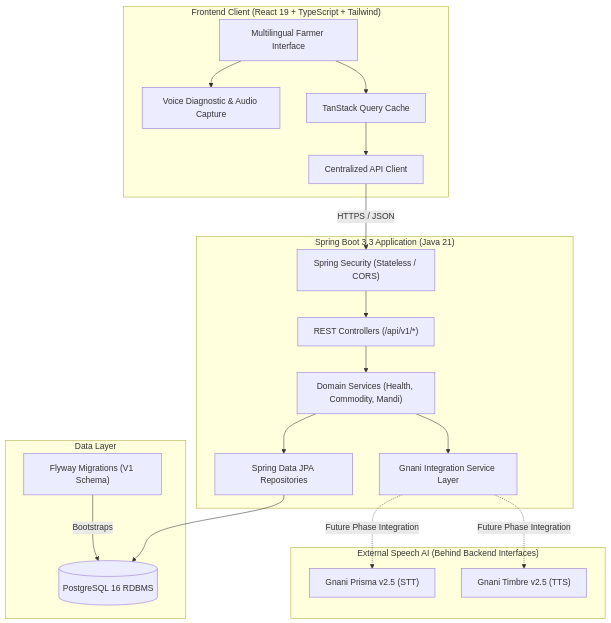
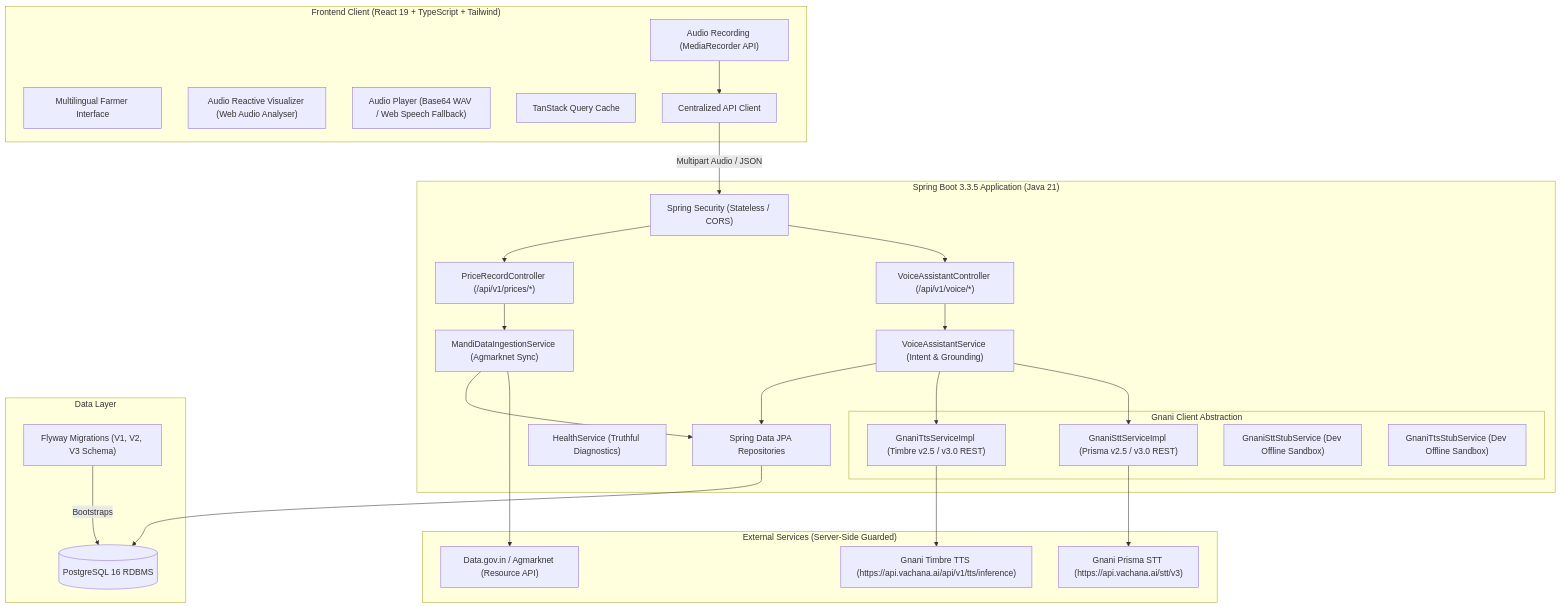
The first of 2 diagrams in docs/architecture.md (Ritesh7009/MandiSaathi), drawn with Mermaid before and after one commit. The commit also changed other lines of this file and 56 other files, not shown here.

Commit message:
feat(phase3): real Gnani AI integration, verified mandi data pipeline, and multi-dialect voice UI

````diff
--- a/docs/architecture.md
+++ b/docs/architecture.md
@@ -8,40 +8,55 @@
 ```mermaid
 flowchart TD
     subgraph Client["Frontend Client (React 19 + TypeScript + Tailwind)"]
         UI["Multilingual Farmer Interface"]
-        VoiceComp["Voice Diagnostic & Audio Capture"]
+        VoiceMic["Audio Recording (MediaRecorder API)"]
+        AudioVis["Audio Reactive Visualizer (Web Audio Analyser)"]
+        AudioPlay["Audio Player (Base64 WAV / Web Speech Fallback)"]
         TQuery["TanStack Query Cache"]
         APIClient["Centralized API Client"]
     end
 
-    subgraph Backend["Spring Boot 3.3 Application (Java 21)"]
+    subgraph Backend["Spring Boot 3.3.5 Application (Java 21)"]
         Sec["Spring Security (Stateless / CORS)"]
-        Controllers["REST Controllers (/api/v1/*)"]
-        Services["Domain Services (Health, Commodity, Mandi)"]
+        VoiceCtrl["VoiceAssistantController (/api/v1/voice/*)"]
+        PriceCtrl["PriceRecordController (/api/v1/prices/*)"]
+        VoiceSvc["VoiceAssistantService (Intent & Grounding)"]
+        IngestSvc["MandiDataIngestionService (Agmarknet Sync)"]
+        HealthSvc["HealthService (Truthful Diagnostics)"]
         Repos["Spring Data JPA Repositories"]
-        VoiceGateway["Gnani Integration Service Layer"]
+        
+        subgraph GnaniLayer["Gnani Client Abstraction"]
+            GnaniStt["GnaniSttServiceImpl (Prisma v2.5 / v3.0 REST)"]
+            GnaniTts["GnaniTtsServiceImpl (Timbre v2.5 / v3.0 REST)"]
+            GnaniSttStub["GnaniSttStubService (Dev Offline Sandbox)"]
+            GnaniTtsStub["GnaniTtsStubService (Dev Offline Sandbox)"]
+        end
     end
 
     subgraph Data["Data Layer"]
-        Flyway["Flyway Migrations (V1 Schema)"]
+        Flyway["Flyway Migrations (V1, V2, V3 Schema)"]
         Postgres[("PostgreSQL 16 RDBMS")]
     end
 
-    subgraph External["External Speech AI (Behind Backend Interfaces)"]
-        Prisma["Gnani Prisma v2.5 (STT)"]
-        Timbre["Gnani Timbre v2.5 (TTS)"]
+    subgraph External["External Services (Server-Side Guarded)"]
+        PrismaAPI["Gnani Prisma STT (https://api.vachana.ai/stt/v3)"]
+        TimbreAPI["Gnani Timbre TTS (https://api.vachana.ai/api/v1/tts/inference)"]
+        DataGov["Data.gov.in / Agmarknet (Resource API)"]
     end
 
-    UI --> VoiceComp
-    UI --> TQuery
-    TQuery --> APIClient
-    APIClient -->|HTTPS / JSON| Sec
-    Sec --> Controllers
-    Controllers --> Services
-    Services --> Repos
-    Services --> VoiceGateway
+    VoiceMic --> APIClient
+    APIClient -->|Multipart Audio / JSON| Sec
+    Sec --> VoiceCtrl
+    Sec --> PriceCtrl
+    VoiceCtrl --> VoiceSvc
+    VoiceSvc --> GnaniStt
+    VoiceSvc --> GnaniTts
+    VoiceSvc --> Repos
+    PriceCtrl --> IngestSvc
+    IngestSvc --> DataGov
+    IngestSvc --> Repos
+    GnaniStt --> PrismaAPI
+    GnaniTts --> TimbreAPI
     Repos --> Postgres
     Flyway -->|Bootstraps| Postgres
-    VoiceGateway -.->|Future Phase Integration| Prisma
-    VoiceGateway -.->|Future Phase Integration| Timbre
 ```
````
